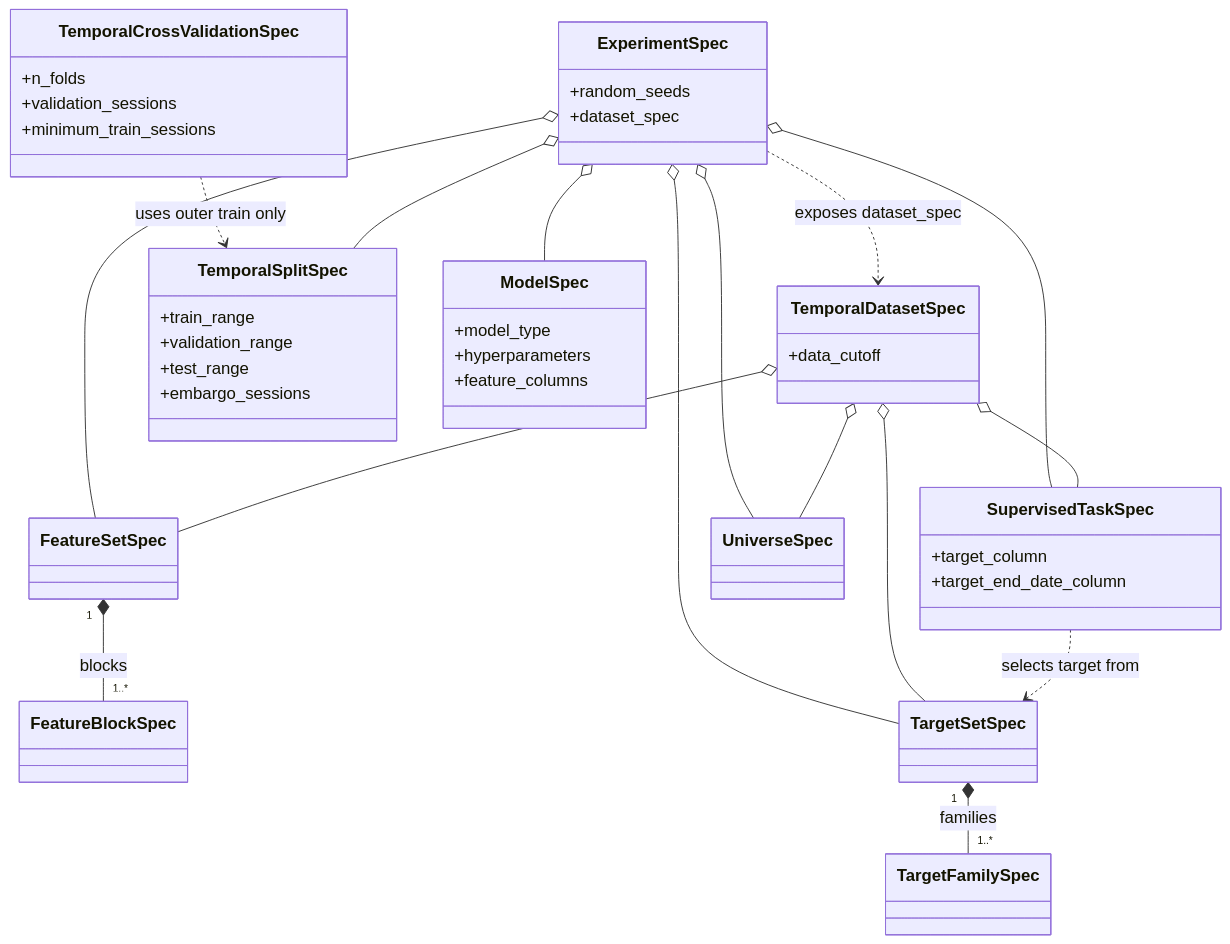
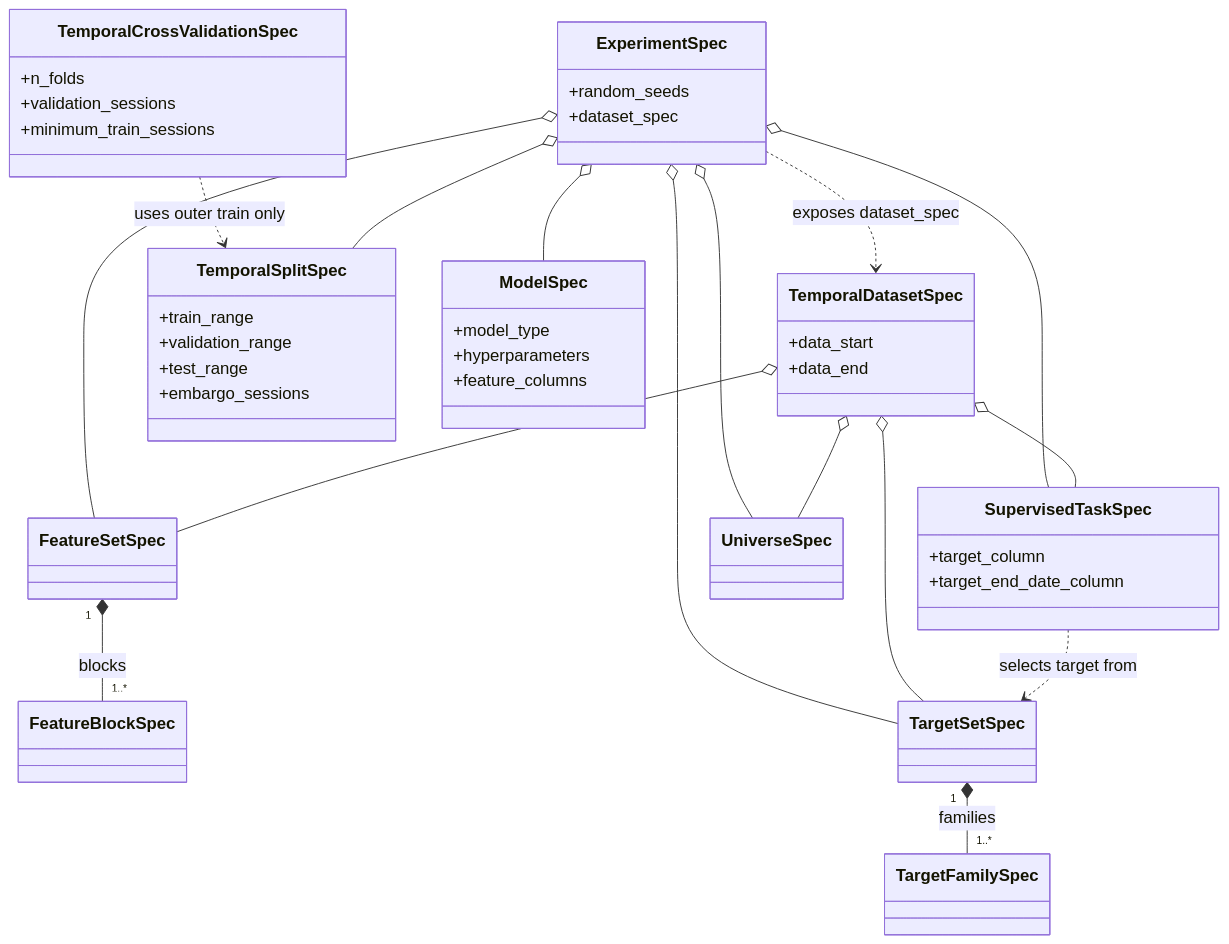
One commit to Frallmeister/swingtrader-app changed the diagram in docs/modeling/experiments.md. Above: the diagram before and after it, drawn with Mermaid. The commit also changed other lines of this file and 35 other files, not shown here.

````diff
--- a/docs/modeling/experiments.md
+++ b/docs/modeling/experiments.md
@@ -36,62 +36,63 @@
 ```mermaid
 %%{init: {"themeVariables": {"fontSize": "18px"}}}%%
 classDiagram
     direction TB
     class FeatureBlockSpec
     class FeatureSetSpec
     class TargetFamilySpec
     class TargetSetSpec
     class SupervisedTaskSpec {
         +target_column
         +target_end_date_column
     }
     class UniverseSpec
     class TemporalDatasetSpec {
-        +data_cutoff
+        +data_start
+        +data_end
     }
     class TemporalSplitSpec {
         +train_range
         +validation_range
         +test_range
         +embargo_sessions
     }
     class TemporalCrossValidationSpec {
         +n_folds
         +validation_sessions
         +minimum_train_sessions
     }
     class ModelSpec {
         +model_type
         +hyperparameters
         +feature_columns
     }
     class ExperimentSpec {
         +random_seeds
         +dataset_spec
     }
 
     FeatureSetSpec "1" *-- "1..*" FeatureBlockSpec : blocks
     TargetSetSpec "1" *-- "1..*" TargetFamilySpec : families
     SupervisedTaskSpec ..> TargetSetSpec : selects target from
     TemporalDatasetSpec o-- FeatureSetSpec
     TemporalDatasetSpec o-- TargetSetSpec
     TemporalDatasetSpec o-- SupervisedTaskSpec
     TemporalDatasetSpec o-- UniverseSpec
     ExperimentSpec o-- FeatureSetSpec
     ExperimentSpec o-- TargetSetSpec
     ExperimentSpec o-- SupervisedTaskSpec
     ExperimentSpec o-- UniverseSpec
     ExperimentSpec o-- TemporalSplitSpec
     ExperimentSpec o-- ModelSpec
     TemporalCrossValidationSpec ..> TemporalSplitSpec : uses outer train only
     ExperimentSpec ..> TemporalDatasetSpec : exposes dataset_spec
 
     classDef feature fill:#e3f2fd,stroke:#1565c0
     classDef target fill:#f3e5f5,stroke:#6a1b9a
     classDef dataset fill:#e8f5e9,stroke:#2e7d32
     classDef experiment fill:#fff3e0,stroke:#ef6c00
     cssClass "FeatureBlockSpec,FeatureSetSpec" feature
     cssClass "TargetFamilySpec,TargetSetSpec,SupervisedTaskSpec" target
     cssClass "UniverseSpec,TemporalDatasetSpec" dataset
     cssClass "TemporalSplitSpec,TemporalCrossValidationSpec,ModelSpec,ExperimentSpec" experiment
 ```
````
